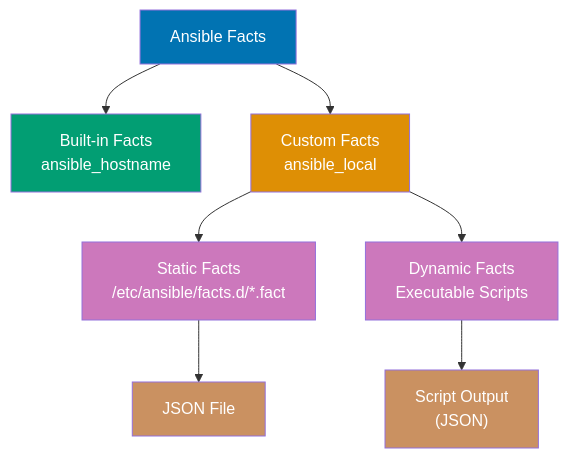
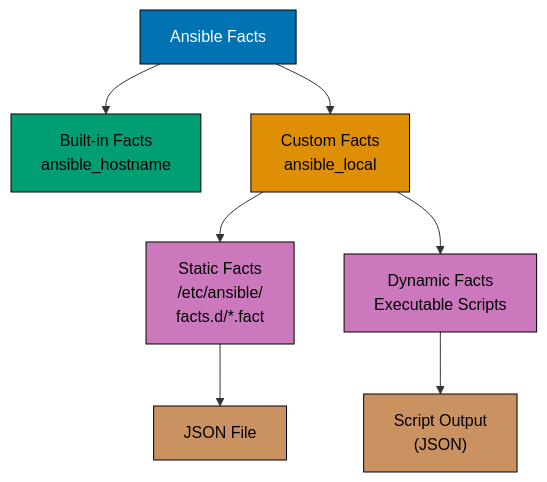
The seventh of 8 diagrams in apps/ayokoding-www/content/en/learn/legacy/software-engineering/infrastructure/tools/ansible/by-example/beginner.md (wahidyankf/ose-public), drawn with Mermaid before and after one commit. The commit also changed other lines of this file and 131 other files, not shown here.

First line of the commit message:
fix(mermaid): bring the legacy data, infrastructure, and testing diagrams onto the accessible palette

````diff
--- a/apps/ayokoding-www/content/en/learn/legacy/software-engineering/infrastructure/tools/ansible/by-example/beginner.md
+++ b/apps/ayokoding-www/content/en/learn/legacy/software-engineering/infrastructure/tools/ansible/by-example/beginner.md
@@ -2224,18 +2271,26 @@
 ```mermaid
 %% Color Palette: Blue #0173B2, Orange #DE8F05, Teal #029E73, Purple #CC78BC, Brown #CA9161
 graph TD
+ accTitle: Example 20: Custom Facts
+ accDescr: Graph with 7 nodes and 6 connections. Nodes: Ansible Facts, Built-in Facts ansible_hostname, Custom Facts ansible_local, Static Facts /etc/ansible/ facts.d/*.fact, Dynamic Facts Executable Scripts, JSON File, Script Output 40JSON41. Connections: Ansible Facts to Built-in Facts ansible_hostname, Ansible Facts to Custom Facts ansible_local, Custom Facts ansible_local to Static Facts /etc/ansible/ facts.d/*.fact, Custom Facts ansible_local to Dynamic Facts Executable Scripts, Static Facts /etc/ansible/ facts.d/*.fact to JSON File, Dynamic Facts Executable Scripts to Script Output 40JSON41.
  A["Ansible Facts"] --> B["Built-in Facts<br/>ansible_hostname"]
  A --> C["Custom Facts<br/>ansible_local"]
- C --> D["Static Facts<br/>/etc/ansible/facts.d/*.fact"]
+ C --> D["Static Facts<br/>/etc/ansible/<br/>facts.d/*.fact"]
  C --> E["Dynamic Facts<br/>Executable Scripts"]
  D --> F["JSON File"]
  E --> G["Script Output<br/>#40;JSON#41;"]
 
- style A fill:#0173B2,color:#fff
- style B fill:#029E73,color:#fff
- style C fill:#DE8F05,color:#fff
- style D fill:#CC78BC,color:#fff
- style E fill:#CC78BC,color:#fff
- style F fill:#CA9161,color:#fff
- style G fill:#CA9161,color:#fff
+ classDef pal-0173B2 fill:#0173B2,stroke:#000000,color:#FFFFFF
+ class A pal-0173B2
+ classDef pal-029E73 fill:#029E73,stroke:#000000,color:#000000
+ class B pal-029E73
+ classDef pal-DE8F05 fill:#DE8F05,stroke:#000000,color:#000000
+ class C pal-DE8F05
+ classDef pal-CC78BC fill:#CC78BC,stroke:#000000,color:#000000
+ class D pal-CC78BC
+ class E pal-CC78BC
+ classDef pal-CA9161 fill:#CA9161,stroke:#000000,color:#000000
+ class F pal-CA9161
+ class G pal-CA9161
+ classDef default fill:#FFFFFF,stroke:#000000,color:#000000
 ```
````
